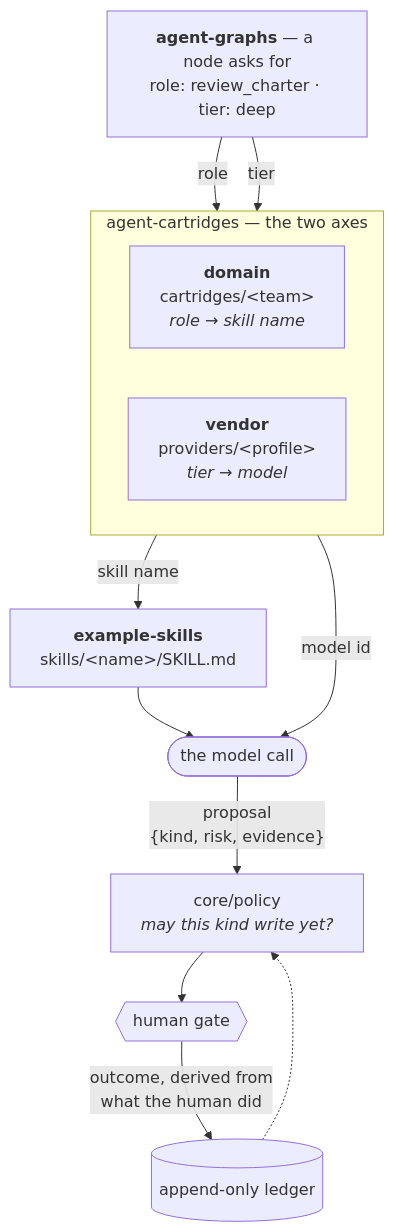
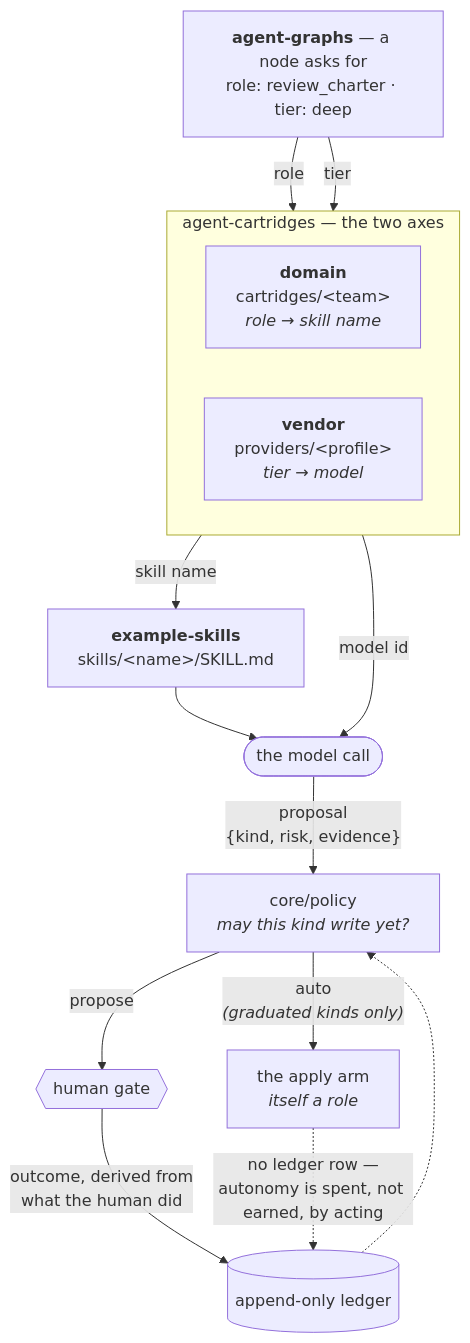
Before and after one commit to ppfenning/coxswain: the first of 2 diagrams in src/cartridges/README.md, drawn with Mermaid. The commit also changed 1 other file, not shown here.

Commit message:
Bind reconcile and docs_apply_arm in the worked example
The example team now fills the two optional roles the new epic-reconcile graph
and the triage runbook self-heal loop need, and routes doc_update at its docs
arm. Without these the worked example could not exercise either.

Note this changes the resolved cartridge_sha, which resets autonomy streaks by
design — a track record earned under different bindings is not a track record.

Claude-Session: https://claude.ai/code/session_01VjABk9HoH44RBerJYdFpgq

````diff
--- a/src/cartridges/README.md
+++ b/src/cartridges/README.md
@@ -38,26 +38,28 @@
 ```mermaid
 flowchart TB
     NODE["<b>agent-graphs</b> — a node asks for<br/>role: review_charter · tier: deep"]
 
     subgraph CART["agent-cartridges — the two axes"]
         direction LR
         DOMAIN["<b>domain</b><br/>cartridges/&lt;team&gt;<br/><i>role → skill name</i>"]
         VENDOR["<b>vendor</b><br/>providers/&lt;profile&gt;<br/><i>tier → model</i>"]
     end
 
     BODY["<b>example-skills</b><br/>skills/&lt;name&gt;/SKILL.md"]
     RUN(["the model call"])
     POLICY["core/policy<br/><i>may this kind write yet?</i>"]
     GATE{{"human gate"}}
     LEDGER[("append-only ledger")]
 
     NODE -- role --> DOMAIN
     NODE -- tier --> VENDOR
     DOMAIN -- "skill name" --> BODY
     VENDOR -- "model id" --> RUN
     BODY --> RUN
     RUN -- "proposal<br/>{kind, risk, evidence}" --> POLICY
-    POLICY --> GATE
+    POLICY -- "propose" --> GATE
+    POLICY -- "auto<br/><i>(graduated kinds only)</i>" --> ARM["the apply arm<br/><i>itself a role</i>"]
     GATE -- "outcome, derived from<br/>what the human did" --> LEDGER
+    ARM -. "no ledger row —<br/>autonomy is spent, not earned, by acting" .-> LEDGER
     LEDGER -.-> POLICY
 ```
````
